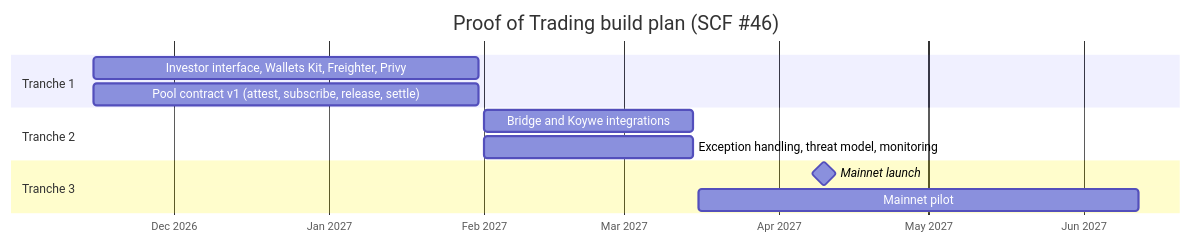
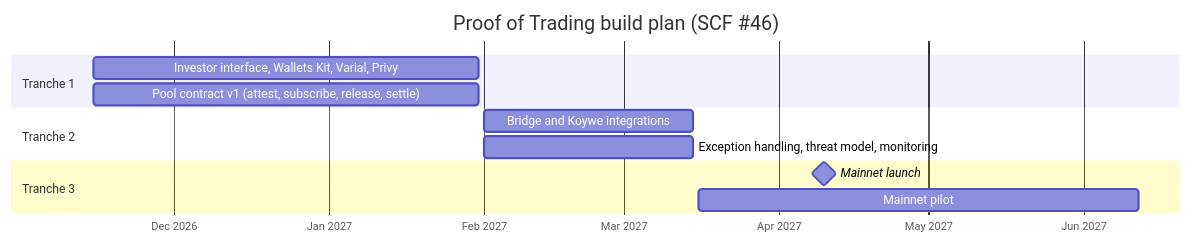
One commit to AgroSmart-Contracts/Proof-Of-Trading changed the diagram in docs/figures/build-plan.mmd. Above: the diagram before and after it, drawn with Mermaid. The commit also changed 10 other files, not shown here.

Commit message:
docs: Varial (formerly Freighter) via @stellar/varial-sdk with freighter-api fallback; ACCOUNT_HOLDER and SPV env settings

```diff
--- a/docs/figures/build-plan.mmd
+++ b/docs/figures/build-plan.mmd
@@ -1,14 +1,14 @@
 %% Build plan by SCF #46 tranche
 gantt
   title Proof of Trading build plan (SCF #46)
   dateFormat YYYY-MM-DD
   axisFormat %b %Y
   section Tranche 1
-  Investor interface, Wallets Kit, Freighter, Privy :t1a, 2026-11-15, 2027-01-31
+  Investor interface, Wallets Kit, Varial, Privy :t1a, 2026-11-15, 2027-01-31
   Pool contract v1 (attest, subscribe, release, settle) :t1b, 2026-11-15, 2027-01-31
   section Tranche 2
   Bridge and Koywe integrations :t2a, 2027-02-01, 2027-03-15
   Exception handling, threat model, monitoring :t2b, 2027-02-01, 2027-03-15
   section Tranche 3
   Mainnet launch :milestone, m1, 2027-04-10, 0d
   Mainnet pilot :t3, 2027-03-16, 2027-06-12
```
